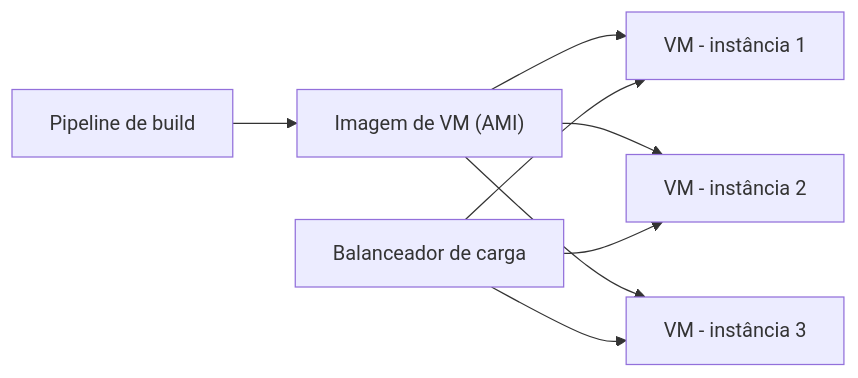
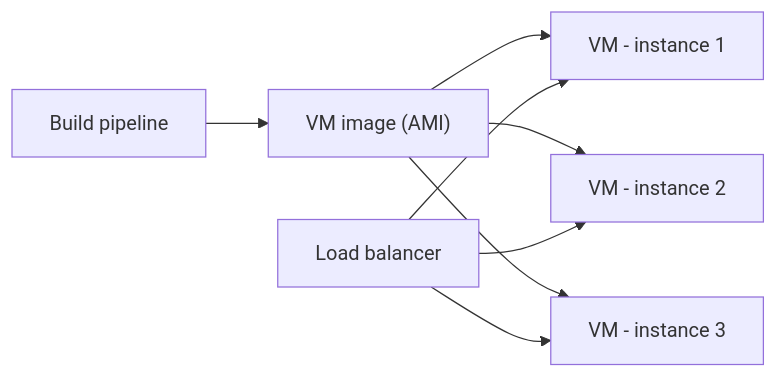
The diagram in docs/architecture/microservices/deployment/service-instance-per-vm.md (alancesar/design-patterns), drawn with Mermaid before and after one commit. The commit also changed 258 other files, not shown here.

First line of the commit message:
Translate Mermaid diagrams to English

````diff
--- a/docs/architecture/microservices/deployment/service-instance-per-vm.md
+++ b/docs/architecture/microservices/deployment/service-instance-per-vm.md
@@ -51,10 +51,10 @@
 ```mermaid
 flowchart LR
-    Build["Pipeline de build"] --> Img["Imagem de VM (AMI)"]
-    Img --> VM1["VM - instância 1"]
-    Img --> VM2["VM - instância 2"]
-    Img --> VM3["VM - instância 3"]
-    LB["Balanceador de carga"] --> VM1
+    Build["Build pipeline"] --> Img["VM image (AMI)"]
+    Img --> VM1["VM - instance 1"]
+    Img --> VM2["VM - instance 2"]
+    Img --> VM3["VM - instance 3"]
+    LB["Load balancer"] --> VM1
     LB --> VM2
     LB --> VM3
 ```
````
